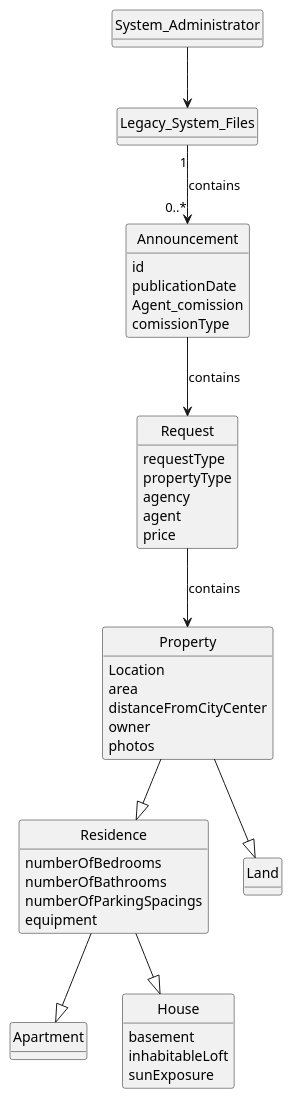
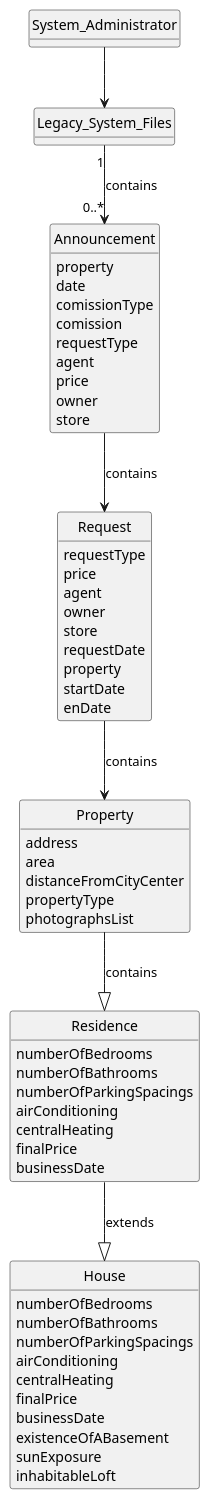
The diagram in docs/sprintD/us012/02.analysis/puml/us012-domain-model.puml (1220812/LAPR2), drawn with PlantUML before and after one commit. The commit also changed 10 other files, not shown here.

Commit message:
US012- Corrected mistakes in class diagram and domain model. US005- Fixed the domain model and system sequence diagram

```diff
--- a/docs/sprintD/us012/02.analysis/puml/us012-domain-model.puml
+++ b/docs/sprintD/us012/02.analysis/puml/us012-domain-model.puml
@@ -1,76 +1,87 @@
 @startuml
 skinparam monochrome true
 skinparam packageStyle rectangle
 skinparam shadowing false
 
 'left to right direction
 
 skinparam classAttributeIconSize 0
 
 hide circle
 hide methods
 
 'title Domain Model
 
 'class Platform {
 '  -description
 '}
 
 class Announcement{
-id
-publicationDate
-Agent_comission
+property
+date
 comissionType
+comission
+requestType
+agent
+price
+owner
+store
 }
 
 class Request{
 requestType
-propertyType
-agency
+price
 agent
-price
+owner
+store
+requestDate
+property
+startDate
+enDate
 }
 
 class Property{
-Location
+address
 area
 distanceFromCityCenter
-owner
-photos
+propertyType
+photographsList
 }
 
 class Residence{
 numberOfBedrooms
 numberOfBathrooms
 numberOfParkingSpacings
-equipment
-}
-
-class Land{
-}
-
-class Apartment {
+airConditioning
+centralHeating
+finalPrice
+businessDate
 }
 
 class House{
-basement
+numberOfBedrooms
+numberOfBathrooms
+numberOfParkingSpacings
+airConditioning
+centralHeating
+finalPrice
+businessDate
+existenceOfABasement
+sunExposure
 inhabitableLoft
-sunExposure
 }
 
 class Legacy_System_Files {
 }
 
 
 System_Administrator --> Legacy_System_Files
 Legacy_System_Files "1" --> "0..*" Announcement : contains
 
-Property --|> Residence
-Property --|> Land
-Residence --|> Apartment
-Residence --|> House
+Property --|> Residence : contains
+Residence --|> House : extends
 Request --> Property : contains
 Announcement --> Request : contains
 
 
 @enduml
```
